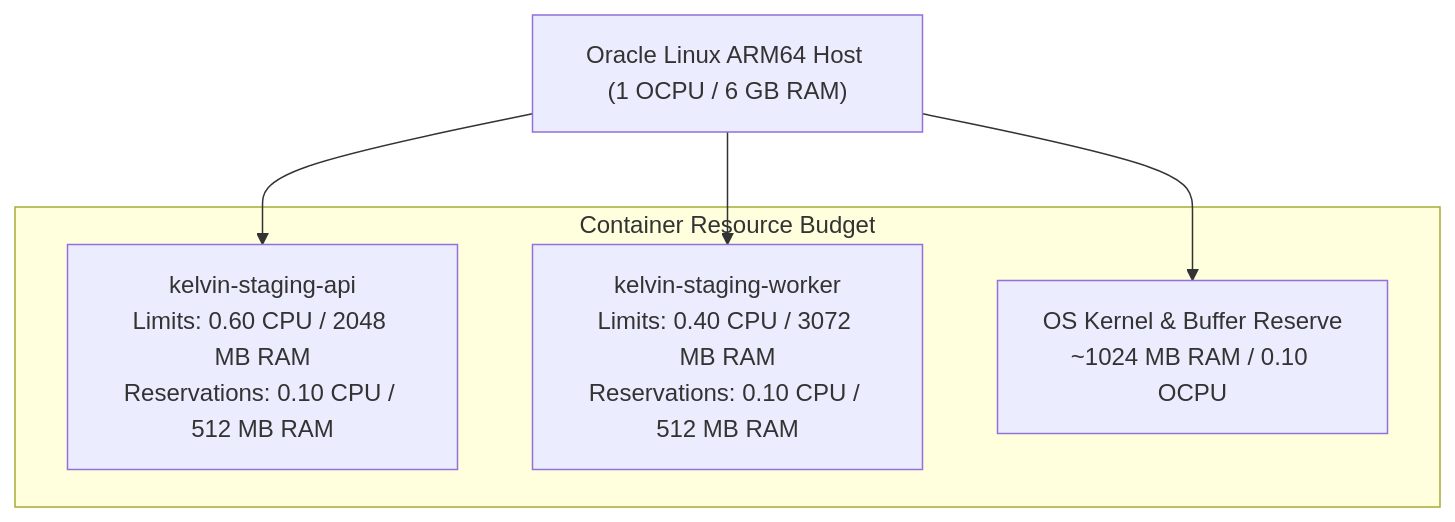
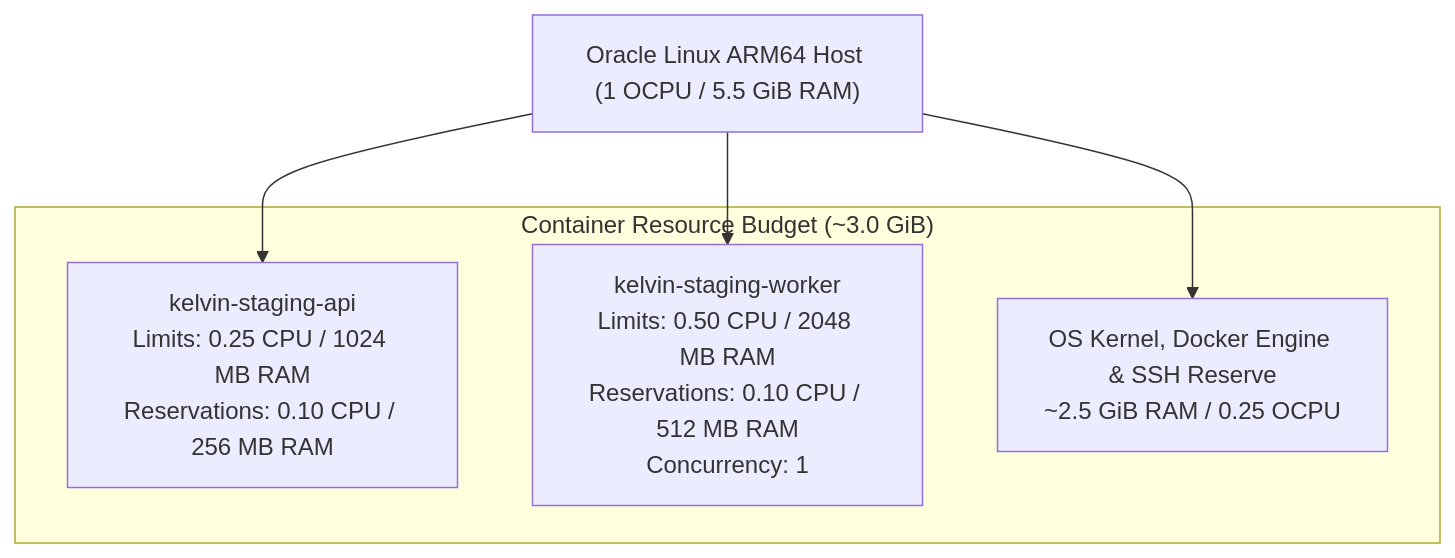
The diagram in docs/deployment/STAGING_COMPOSE.md (eOzkahq/Kelvin), drawn with Mermaid before and after one commit. The commit also changed other lines of this file and 13 other files, not shown here.

````diff
--- a/docs/deployment/STAGING_COMPOSE.md
+++ b/docs/deployment/STAGING_COMPOSE.md
@@ -39,12 +40,12 @@
 ```mermaid
 flowchart TD
-    Host["Oracle Linux ARM64 Host (1 OCPU / 6 GB RAM)"]
-    subgraph Allocations ["Container Resource Budget"]
-        API["kelvin-staging-api<br/>Limits: 0.60 CPU / 2048 MB RAM<br/>Reservations: 0.10 CPU / 512 MB RAM"]
-        Worker["kelvin-staging-worker<br/>Limits: 0.40 CPU / 3072 MB RAM<br/>Reservations: 0.10 CPU / 512 MB RAM"]
-        OS["OS Kernel & Buffer Reserve<br/>~1024 MB RAM / 0.10 OCPU"]
+    Host["Oracle Linux ARM64 Host (1 OCPU / 5.5 GiB RAM)"]
+    subgraph Allocations ["Container Resource Budget (~3.0 GiB)"]
+        API["kelvin-staging-api<br/>Limits: 0.25 CPU / 1024 MB RAM<br/>Reservations: 0.10 CPU / 256 MB RAM"]
+        Worker["kelvin-staging-worker<br/>Limits: 0.50 CPU / 2048 MB RAM<br/>Reservations: 0.10 CPU / 512 MB RAM<br/>Concurrency: 1"]
+        OS["OS Kernel, Docker Engine & SSH Reserve<br/>~2.5 GiB RAM / 0.25 OCPU"]
     end
     Host --> API
     Host --> Worker
     Host --> OS
 ```
````
